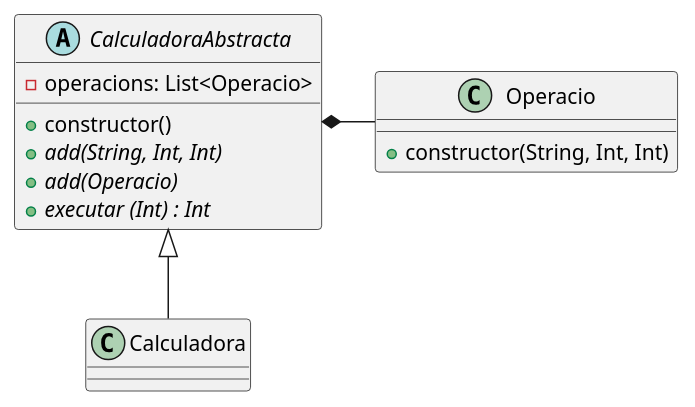
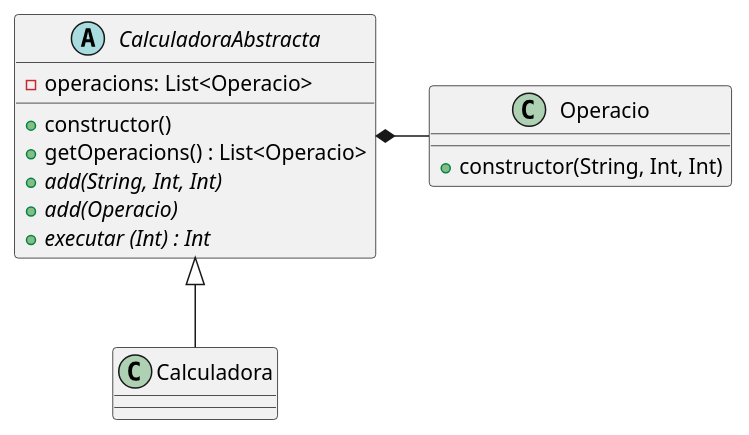
Before and after one commit to dmarin-itb/M03-UF5-Demo-Examen: the diagram in src/main/kotlin/uml/DiagramaClasses.puml, drawn with PlantUML. The commit also changed 5 other files, not shown here.

```diff
--- a/src/main/kotlin/uml/DiagramaClasses.puml
+++ b/src/main/kotlin/uml/DiagramaClasses.puml
@@ -1,19 +1,20 @@
 @startuml
 'https://plantuml.com/class-diagram
 
 abstract class CalculadoraAbstracta {
      - operacions: List<Operacio>
      + constructor()
+     + getOperacions() : List<Operacio>
      {abstract} + add(String, Int, Int)
      {abstract} + add(Operacio)
      {abstract} + executar (Int) : Int
 }
 
 class Operacio {
     + constructor(String, Int, Int)
     }
 
 
 CalculadoraAbstracta <|-- Calculadora
 CalculadoraAbstracta *-right- Operacio
 @enduml
```
